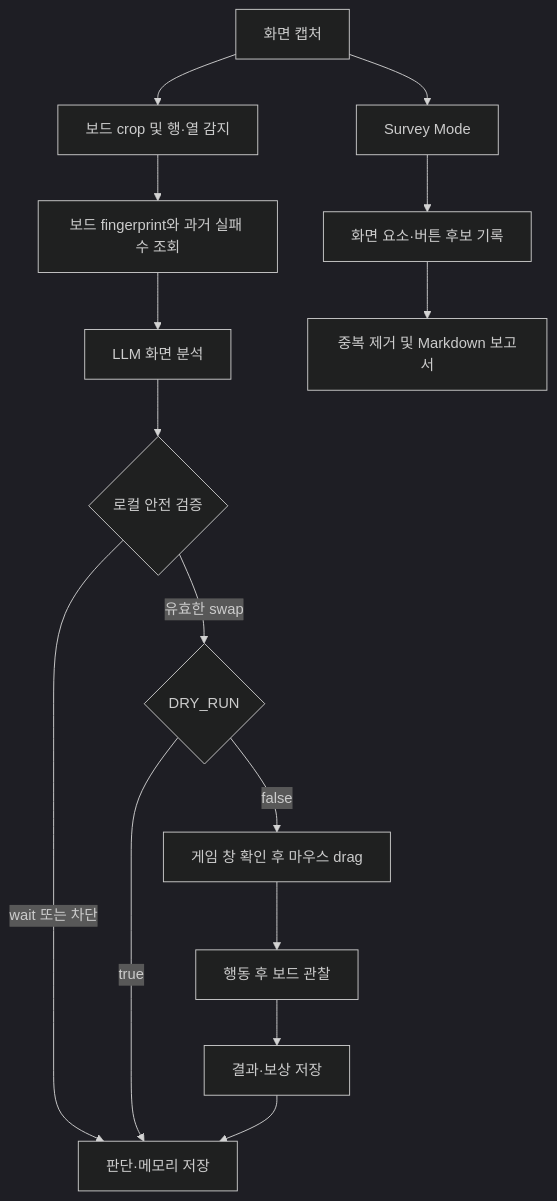
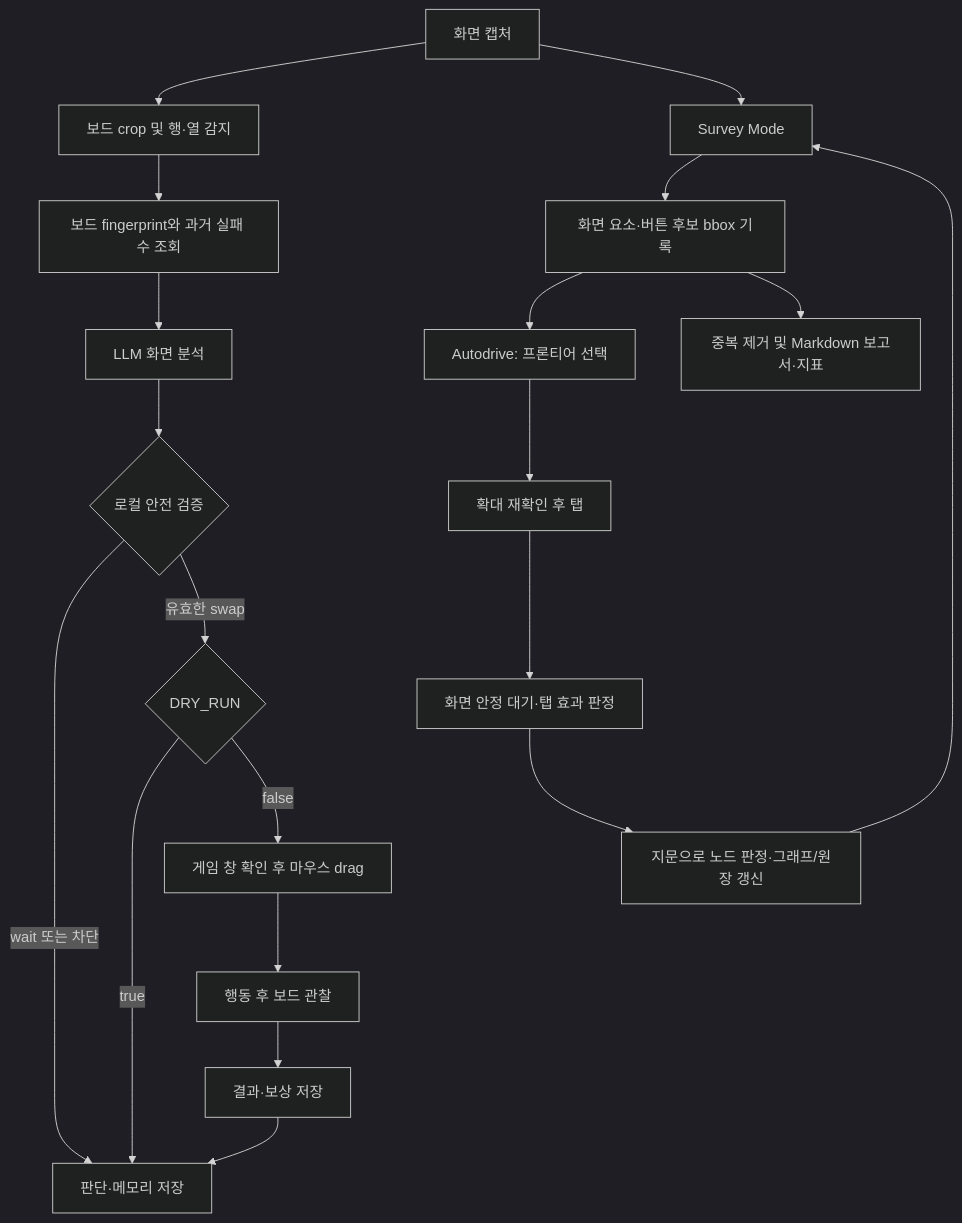
One commit to IanHa09/SugarCrushSoda_GA changed the diagram in README.md. Above: the diagram before and after it, drawn with Mermaid (dark theme). The commit also changed other lines of this file and 30 other files, not shown here.

````diff
--- a/README.md
+++ b/README.md
@@ -23,17 +31,22 @@
 ```mermaid
 flowchart TD
     A[화면 캡처] --> B[보드 crop 및 행·열 감지]
     B --> C[보드 fingerprint와 과거 실패 수 조회]
     C --> D[LLM 화면 분석]
     D --> E{로컬 안전 검증}
     E -->|wait 또는 차단| F[판단·메모리 저장]
     E -->|유효한 swap| G{DRY_RUN}
     G -->|true| F
     G -->|false| H[게임 창 확인 후 마우스 drag]
     H --> I[행동 후 보드 관찰]
     I --> J[결과·보상 저장]
     J --> F
     A --> K[Survey Mode]
-    K --> L[화면 요소·버튼 후보 기록]
-    L --> M[중복 제거 및 Markdown 보고서]
+    K --> L[화면 요소·버튼 후보 bbox 기록]
+    L --> N[Autodrive: 프론티어 선택]
+    N --> O[확대 재확인 후 탭]
+    O --> P[화면 안정 대기·탭 효과 판정]
+    P --> Q[지문으로 노드 판정·그래프/원장 갱신]
+    Q --> K
+    L --> M[중복 제거 및 Markdown 보고서·지표]
 ```
````
